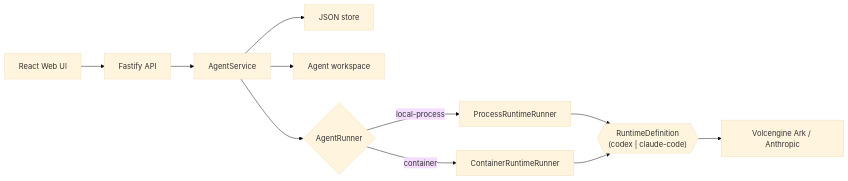
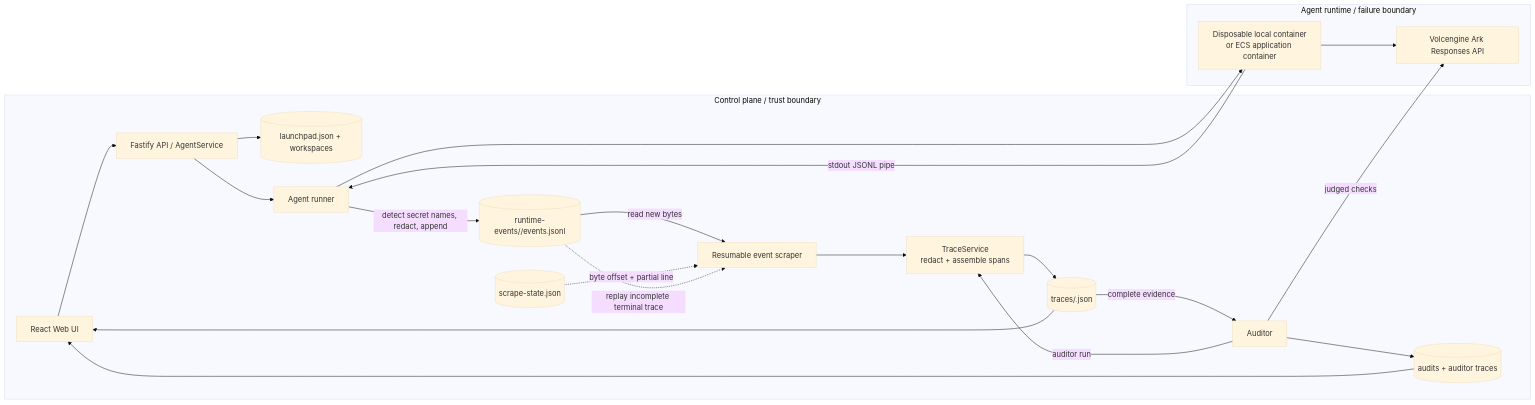
One commit to Not-jovan/Monkey changed the diagram in docs/ARCHITECTURE.md. Above: the diagram before and after it, drawn with Mermaid (base theme). The commit also changed other lines of this file and 1 other file, not shown here.

````diff
--- a/docs/ARCHITECTURE.md
+++ b/docs/ARCHITECTURE.md
@@ -5,13 +7,27 @@
 ```mermaid
 flowchart LR
-    UI["React Web UI"] --> API["Fastify API"]
-    API --> Service["AgentService"]
-    Service --> Store["JSON store"]
-    Service --> Workspace["Agent workspace"]
-    Service --> Runner{"AgentRunner"}
-    Runner -->|local-process| Process["ProcessRuntimeRunner"]
-    Runner -->|container| Container["ContainerRuntimeRunner"]
-    Process --> Runtime{{"RuntimeDefinition\n(codex | claude-code)"}}
-    Container --> Runtime
-    Runtime --> Ark["Volcengine Ark / Anthropic"]
+    subgraph Control["Control plane / trust boundary"]
+        UI["React Web UI"] --> API["Fastify API / AgentService"]
+        API --> Metadata[("launchpad.json + workspaces")]
+        API --> Runner["Agent runner"]
+        Runner -->|"detect secret names, redact, append"| Events[("runtime-events/<runId>/events.jsonl")]
+        Events -->|"read new bytes"| Scraper["Resumable event scraper"]
+        Checkpoint[("scrape-state.json")] -.->|"byte offset + partial line"| Scraper
+        Scraper --> Trace["TraceService\nredact + assemble spans"]
+        Trace --> TraceStore[("traces/<traceId>.json")]
+        TraceStore -->|"complete evidence"| Auditor["Auditor"]
+        Auditor --> AuditStore[("audits + auditor traces")]
+        TraceStore --> UI
+        AuditStore --> UI
+    end
+
+    subgraph Runtime["Agent runtime / failure boundary"]
+        Runner --> Execution["Disposable local container\nor ECS application container"]
+        Execution --> Ark["Volcengine Ark Responses API"]
+        Execution -->|"stdout JSONL pipe"| Runner
+    end
+
+    Events -.->|"replay incomplete terminal trace"| Scraper
+    Auditor -->|"judged checks"| Ark
+    Auditor -->|"auditor run"| Trace
 ```
````
